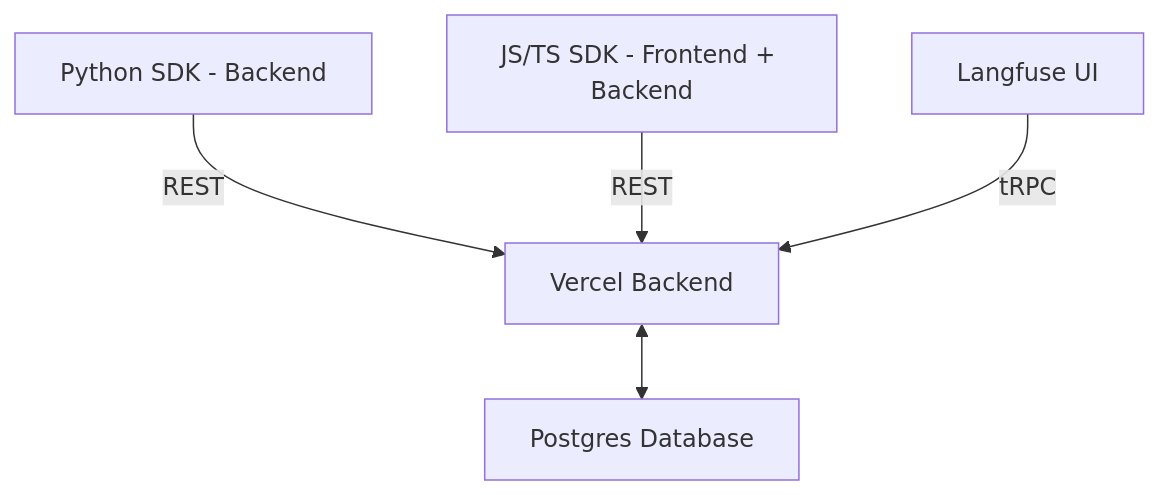
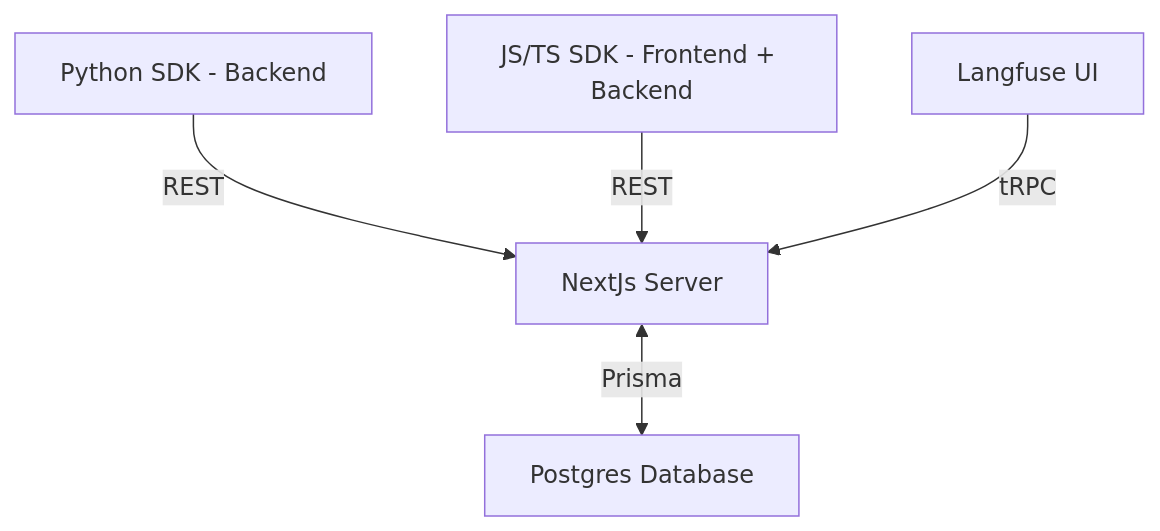
One commit to langfuse/langfuse changed the diagram in CONTRIBUTING.md. Above: the diagram before and after it, drawn with Mermaid. The commit also changed other lines of this file, not shown here.

````diff
--- a/CONTRIBUTING.md
+++ b/CONTRIBUTING.md
@@ -40,8 +40,8 @@
 ```mermaid
 flowchart TD
 
-    A[Python SDK - Backend] -->|REST| C[Vercel Backend]
-    B[JS/TS SDK - Frontend + Backend] -->|REST| C[Vercel Backend]
-    C <--> D[Postgres Database]
-    E[Langfuse UI] -->|tRPC| C[Vercel Backend]
+    A[Python SDK - Backend] -->|REST| C[NextJs Server]
+    B[JS/TS SDK - Frontend + Backend] -->|REST| C
+    C <-->|Prisma| D[Postgres Database]
+    E[Langfuse UI] -->|tRPC| C
 ```
````
